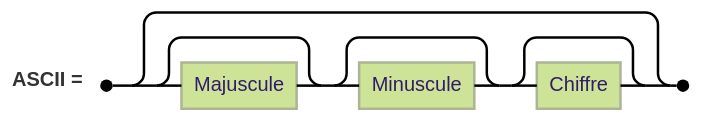
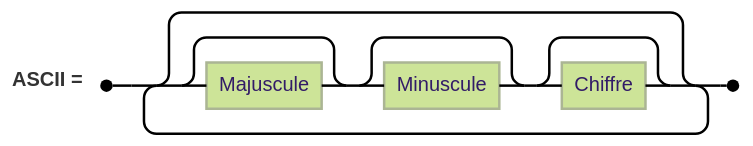
The second of 4 diagrams in library/books/SyntaxeDuBasic.md (VFD/SanyoPHC25), drawn with Mermaid (forest theme) before and after one commit.

````diff
--- a/library/books/SyntaxeDuBasic.md
+++ b/library/books/SyntaxeDuBasic.md
@@ -50,5 +50,5 @@
 ```mermaid
 railroad-peg-beta
 
-ASCII <- (Majuscule? Minuscule? Chiffre? )? ; 
+ASCII <- ((Majuscule? Minuscule? Chiffre? )?)+ ;
 ```
````
